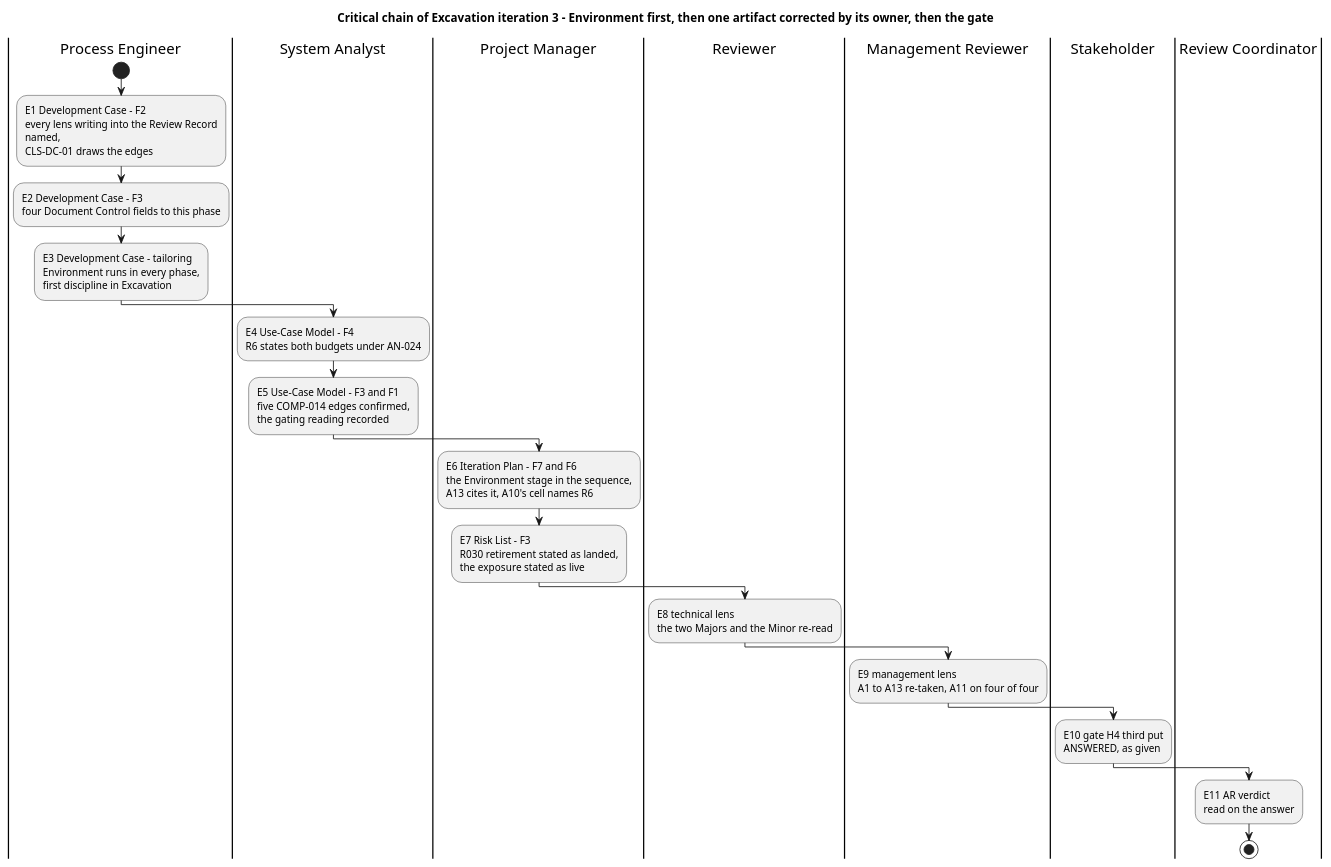
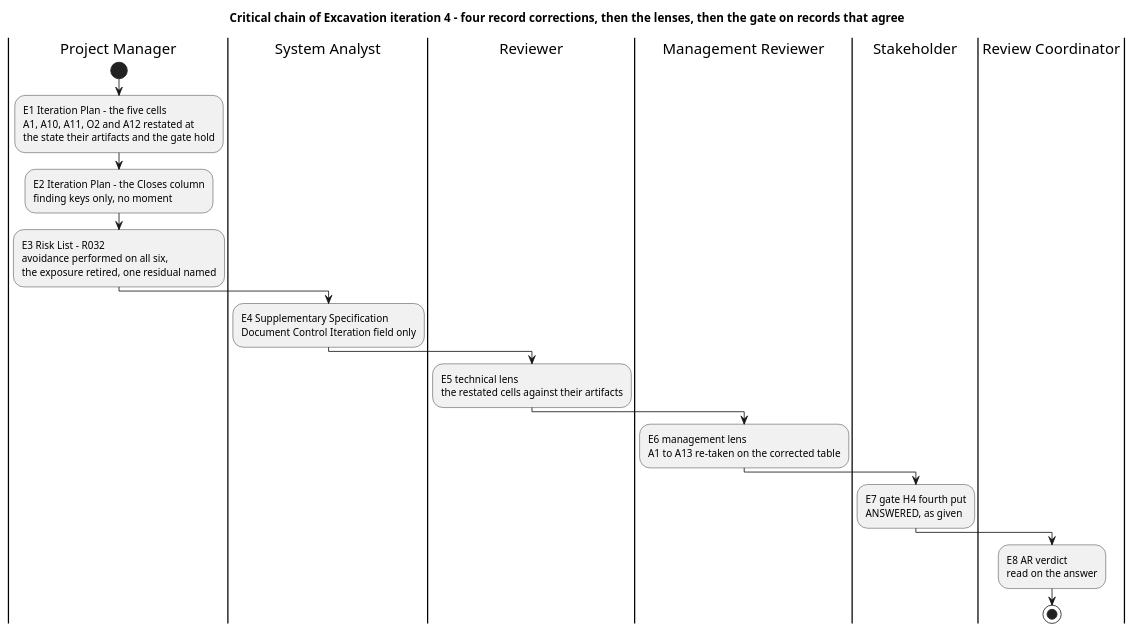
The third of 6 diagrams in docs/artifacts/project-management/iteration-plan.md (banense-test/TodoApp), drawn with PlantUML before and after one commit. The commit also changed other lines of this file, not shown here.

First line of the commit message:
Project Manager [Excavation3]: upsert Iteration Plan

````diff
--- a/docs/artifacts/project-management/iteration-plan.md
+++ b/docs/artifacts/project-management/iteration-plan.md
@@ -140,48 +152,36 @@
 ```plantuml
 @startuml
-title Critical chain of Excavation iteration 3 - Environment first, then one artifact corrected by its owner, then the gate
+title Critical chain of Excavation iteration 4 - four record corrections, then the lenses, then the gate on records that agree
 skinparam shadowing false
 skinparam wrapWidth 245
 
-|Process Engineer|
+|Project Manager|
 start
-:E1 Development Case - F2
-every lens writing into the Review Record named,
-CLS-DC-01 draws the edges;
-:E2 Development Case - F3
-four Document Control fields to this phase;
-:E3 Development Case - tailoring
-Environment runs in every phase,
-first discipline in Excavation;
+:E1 Iteration Plan - the five cells
+A1, A10, A11, O2 and A12 restated at
+the state their artifacts and the gate hold;
+:E2 Iteration Plan - the Closes column
+finding keys only, no moment;
+:E3 Risk List - R032
+avoidance performed on all six,
+the exposure retired, one residual named;
 
 |System Analyst|
-:E4 Use-Case Model - F4
-R6 states both budgets under AN-024;
-:E5 Use-Case Model - F3 and F1
-five COMP-014 edges confirmed,
-the gating reading recorded;
-
-|Project Manager|
-:E6 Iteration Plan - F7 and F6
-the Environment stage in the sequence,
-A13 cites it, A10's cell names R6;
-:E7 Risk List - F3
-R030 retirement stated as landed,
-the exposure stated as live;
+:E4 Supplementary Specification
+Document Control Iteration field only;
 
 |Reviewer|
-:E8 technical lens
-the two Majors and the Minor re-read;
+:E5 technical lens
+the restated cells against their artifacts;
 |Management Reviewer|
-:E9 management lens
-A1 to A13 re-taken, A11 on four of four;
+:E6 management lens
+A1 to A13 re-taken on the corrected table;
 |Stakeholder|
-:E10 gate H4 third put
+:E7 gate H4 fourth put
 ANSWERED, as given;
 |Review Coordinator|
-:E11 AR verdict
+:E8 AR verdict
 read on the answer;
 stop
-
 @enduml
 ```
````
